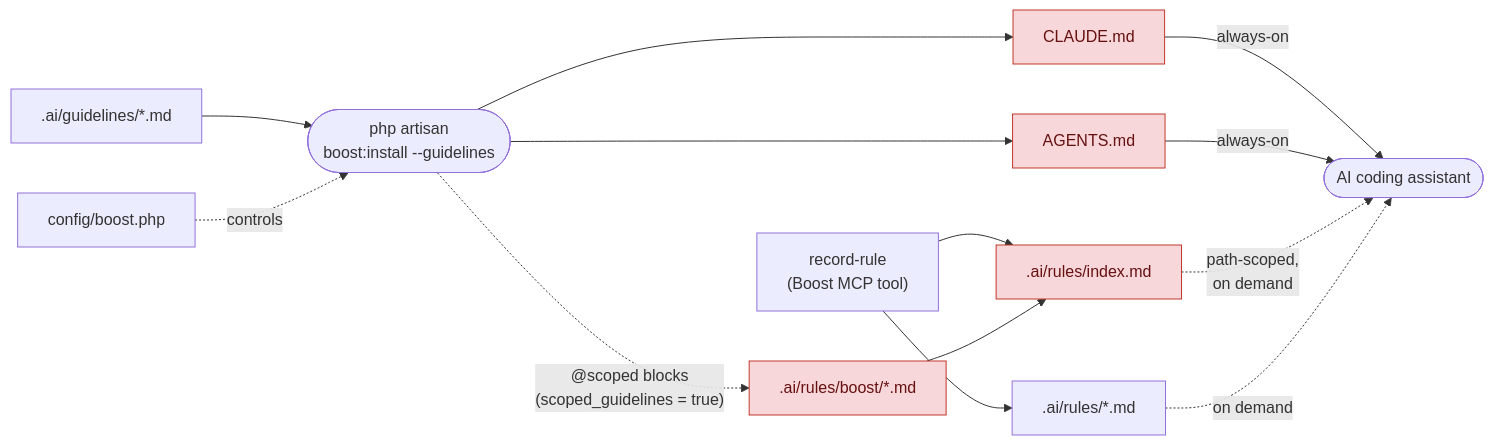
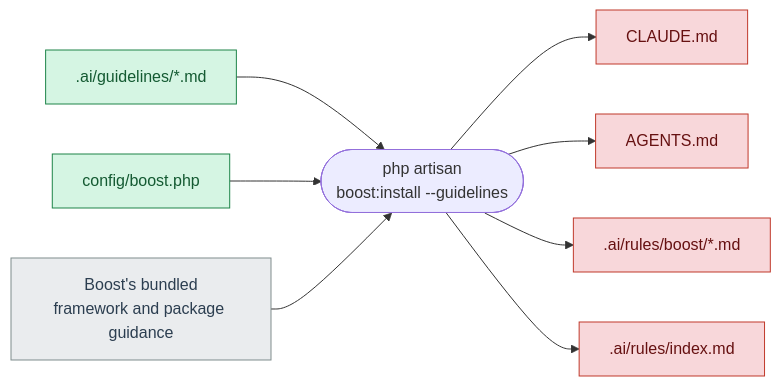
The first of 2 diagrams in .ai/README.md (uberbrady/snipe-it), drawn with Mermaid before and after one commit. The commit also changed other lines of this file, not shown here.

Commit message:
Improve diagrams

````diff
--- a/.ai/README.md
+++ b/.ai/README.md
@@ -18,34 +24,28 @@
 ```mermaid
 flowchart LR
     G[".ai/guidelines/*.md"]
     CFG["config/boost.php"]
-    RR["record-rule<br/>(Boost MCP tool)"]
+    V["Boost's bundled<br/>framework and package guidance"]
 
     BI(["php artisan<br/>boost:install --guidelines"])
 
     CLAUDE["CLAUDE.md"]
     AGENTS["AGENTS.md"]
     BR[".ai/rules/boost/*.md"]
     IDX[".ai/rules/index.md"]
-    TR[".ai/rules/*.md"]
-
-    AI(["AI coding assistant"])
 
     G --> BI
-    CFG -. controls .-> BI
+    CFG --> BI
+    V --> BI
     BI --> CLAUDE
     BI --> AGENTS
-    BI -. "@scoped blocks<br/>(scoped_guidelines = true)" .-> BR
+    BI --> BR
+    BI --> IDX
 
-    RR --> TR
-    RR --> IDX
-    BR --> IDX
-
-    CLAUDE -->|always-on| AI
-    AGENTS -->|always-on| AI
-    IDX -. "path-scoped,<br/>on demand" .-> AI
-    TR -. on demand .-> AI
-
-    classDef generated fill:#f8d7da,stroke:#c0392b,color:#611;
-    class CLAUDE,AGENTS,BR,IDX generated;
+    classDef edit fill:#d5f5e3,stroke:#1e8449,color:#145a32;
+    classDef gen fill:#f8d7da,stroke:#c0392b,color:#611;
+    classDef vendor fill:#eaecee,stroke:#7f8c8d,color:#2c3e50;
+    class G,CFG edit;
+    class CLAUDE,AGENTS,BR,IDX gen;
+    class V vendor;
 ```
````
